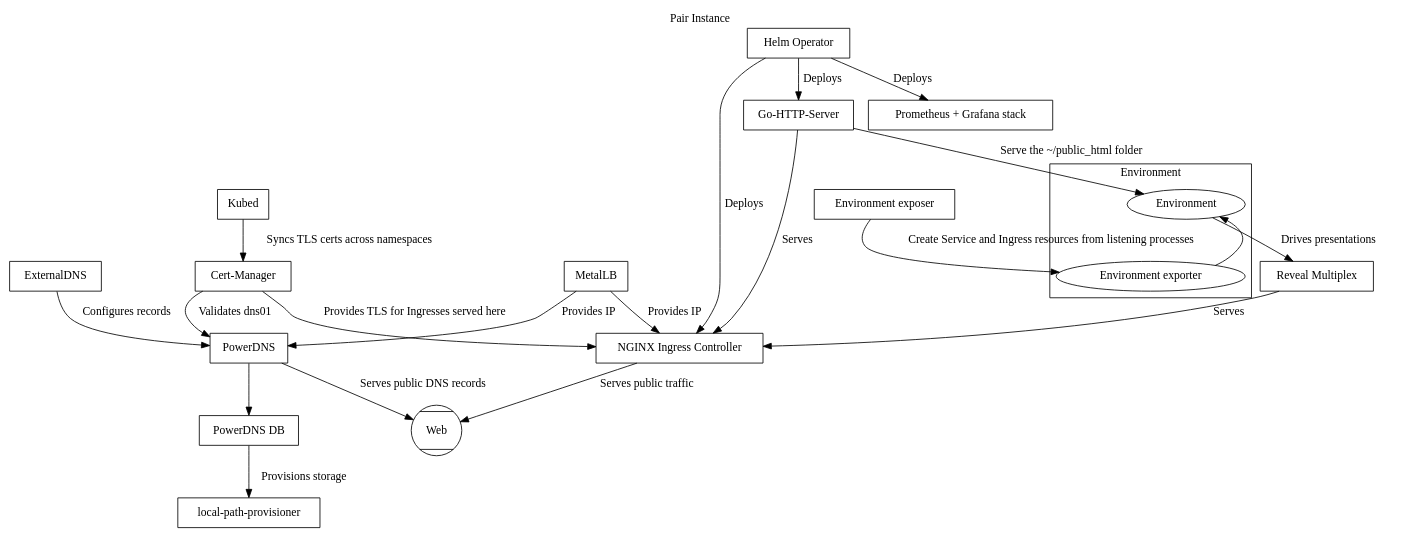
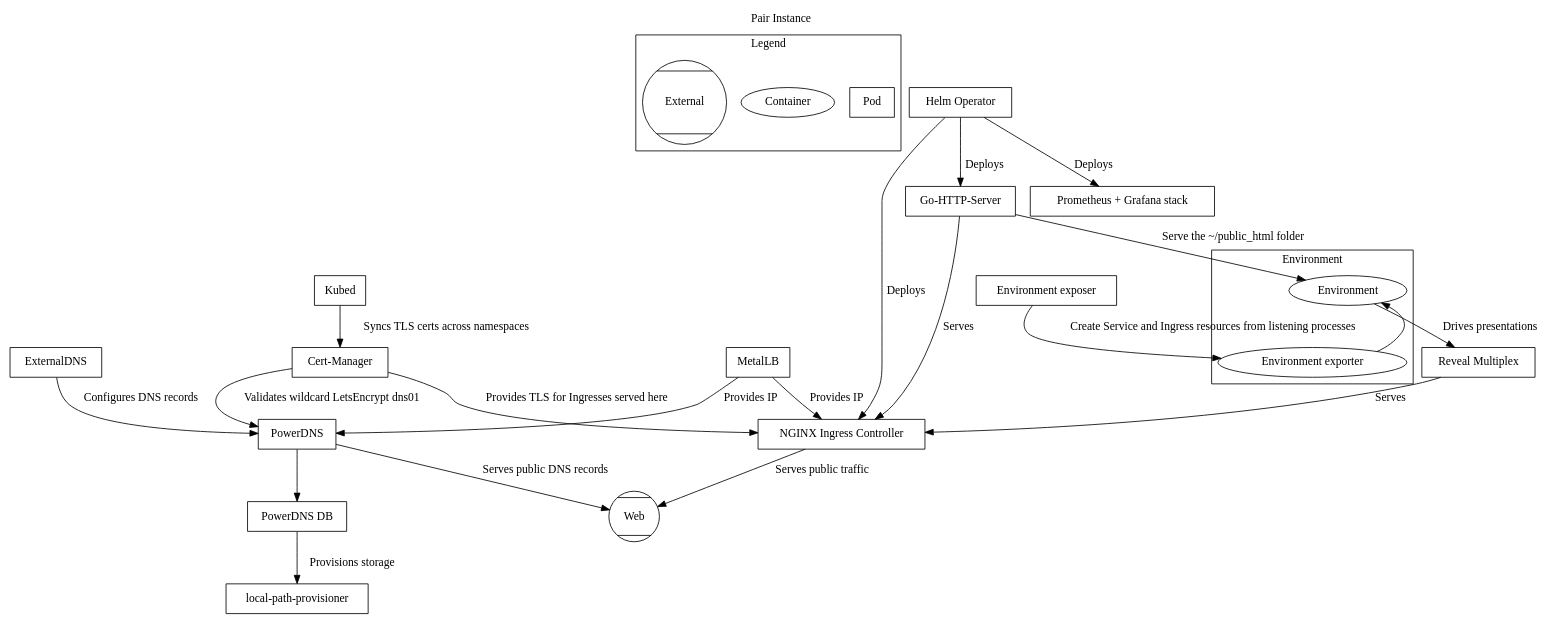
Before and after one commit to sharingio/.sharing.io: the first of 2 diagrams in README.org, drawn with Graphviz. The commit also changed other lines of this file and 1 other file, not shown here.

Commit message:
Update diagram labels and legend

```diff
--- a/README.org
+++ b/README.org
@@ -52,49 +57,57 @@
 #+begin_src dot :file ./pair-instance.svg
 digraph PairInstance {
     label="Pair Instance"
     labelloc="t"
     graph[compound=true]
 
     subgraph cluster0 {
+      label="Legend"
+      Pod [shape=rectangle]
+      Container [shape=ellipse]
+      External [shape=Mcircle]
+    }
+
+    subgraph cluster1 {
       label="Environment"
       Environment [label="Environment" shape=ellipse]
       EnvironmentExporter [label="Environment exporter" shape=ellipse]
       Environment -> EnvironmentExporter [dir=back]
     }
+
     EnvironmentExposer [label="Environment exposer" shape=rectangle]
     PowerDNS [label="PowerDNS" shape=rectangle]
     PowerDNSDB [label="PowerDNS DB" shape=rectangle]
     ExternalDNS [label="ExternalDNS" shape=rectangle]
     CertManager [label="Cert-Manager" shape=rectangle]
     NginxIngressController [label="NGINX Ingress Controller" shape=rectangle]
     GoHttpServer [label="Go-HTTP-Server" shape=rectangle]
     HelmOperator [label="Helm Operator" shape=rectangle]
     LocalPathProvisioner [label="local-path-provisioner" shape=rectangle]
     RevealMultiplex [label="Reveal Multiplex" shape=rectangle]
     KubePrometheus [label="Prometheus + Grafana stack" shape=rectangle]
     MetalLB [label="MetalLB" shape=rectangle]
     Kubed [label="Kubed" shape=rectangle]
 
     Web [label="Web" shape=Mcircle]
 
     EnvironmentExposer -> EnvironmentExporter [label="Create Service and Ingress resources from listening processes"]
     GoHttpServer -> Environment [label="Serve the ~/public_html folder"]
     MetalLB -> PowerDNS [label="Provides IP"]
     PowerDNS -> PowerDNSDB
-    ExternalDNS -> PowerDNS [label="Configures records"]
-    CertManager -> PowerDNS [label="Validates dns01"]
+    ExternalDNS -> PowerDNS [label="Configures DNS records"]
+    CertManager -> PowerDNS [label="Validates wildcard LetsEncrypt dns01"]
     MetalLB -> NginxIngressController [label="Provides IP"]
     GoHttpServer -> NginxIngressController [label="Serves"]
     RevealMultiplex -> NginxIngressController [label="Serves"]
     CertManager -> NginxIngressController [label="Provides TLS for Ingresses served here"]
     HelmOperator -> NginxIngressController [label="Deploys"]
     HelmOperator -> KubePrometheus [label="Deploys"]
     HelmOperator -> GoHttpServer [label="Deploys"]
     PowerDNSDB -> LocalPathProvisioner [label="Provisions storage"]
     Environment -> RevealMultiplex [label="Drives presentations"]
     Kubed -> CertManager [label="Syncs TLS certs across namespaces"]
 
     PowerDNS -> Web [label="Serves public DNS records"]
     NginxIngressController -> Web [label="Serves public traffic"]
 }
 #+end_src
```
